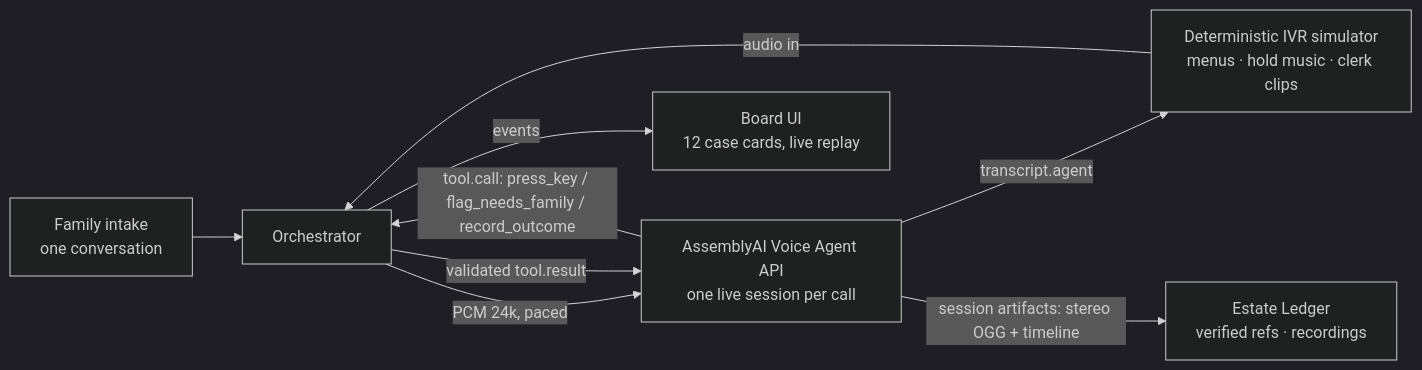
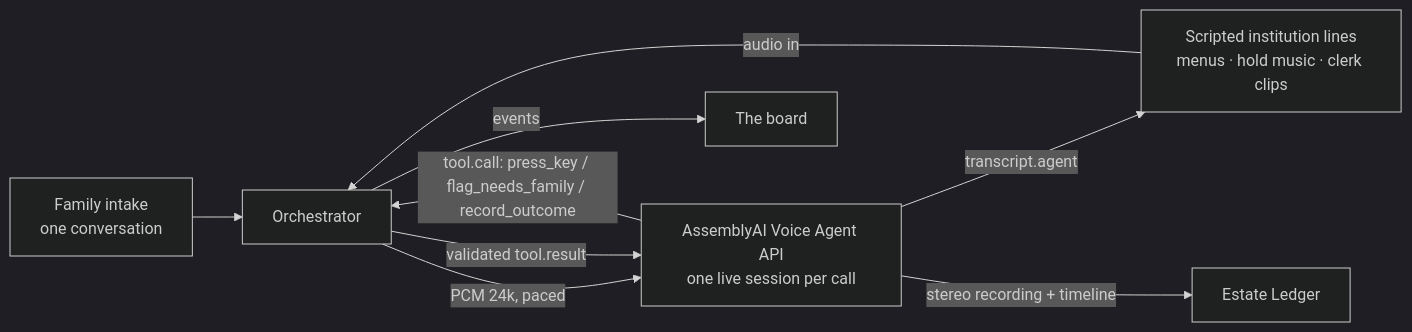
The diagram in README.md (pinectar/afterward), drawn with Mermaid (dark theme) before and after one commit. The commit also changed other lines of this file and 1 other file, not shown here.

````diff
--- a/README.md
+++ b/README.md
@@ -65,11 +62,11 @@
 ```mermaid
 flowchart LR
   F[Family intake<br/>one conversation] --> O[Orchestrator]
   O -->|PCM 24k, paced| VA[AssemblyAI Voice Agent API<br/>one live session per call]
-  SIM[Deterministic IVR simulator<br/>menus · hold music · clerk clips] -->|audio in| O
+  SIM[Scripted institution lines<br/>menus · hold music · clerk clips] -->|audio in| O
   VA -->|transcript.agent| SIM
   VA -->|tool.call: press_key / flag_needs_family / record_outcome| O
   O -->|validated tool.result| VA
-  VA -->|session artifacts: stereo OGG + timeline| L[Estate Ledger<br/>verified refs · recordings]
-  O -->|events| B[Board UI<br/>12 case cards, live replay]
+  VA -->|stereo recording + timeline| L[Estate Ledger]
+  O -->|events| B[The board]
 ```
````
